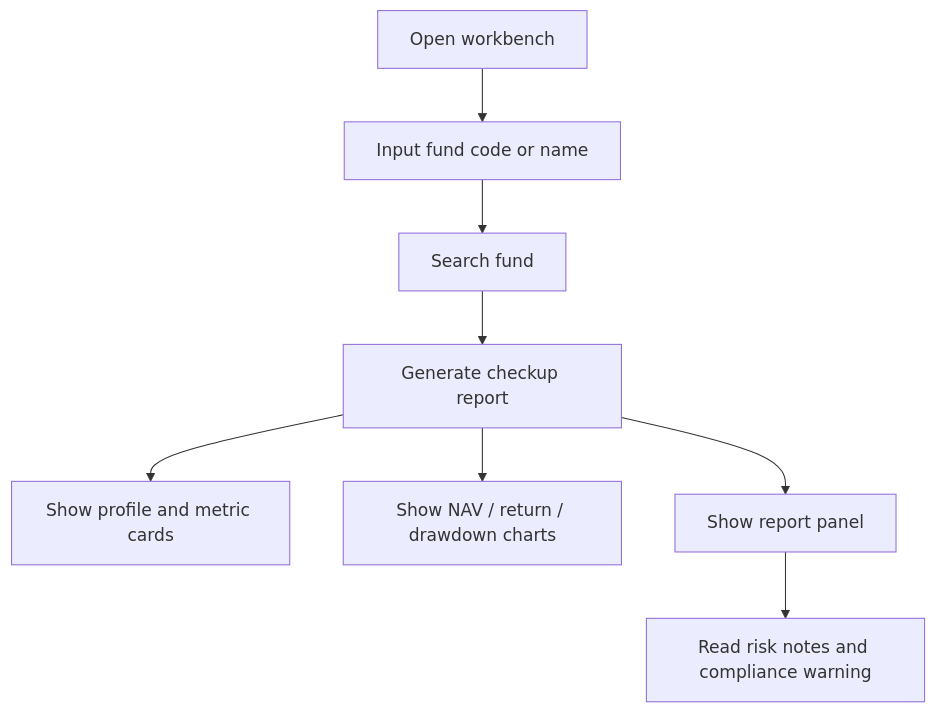
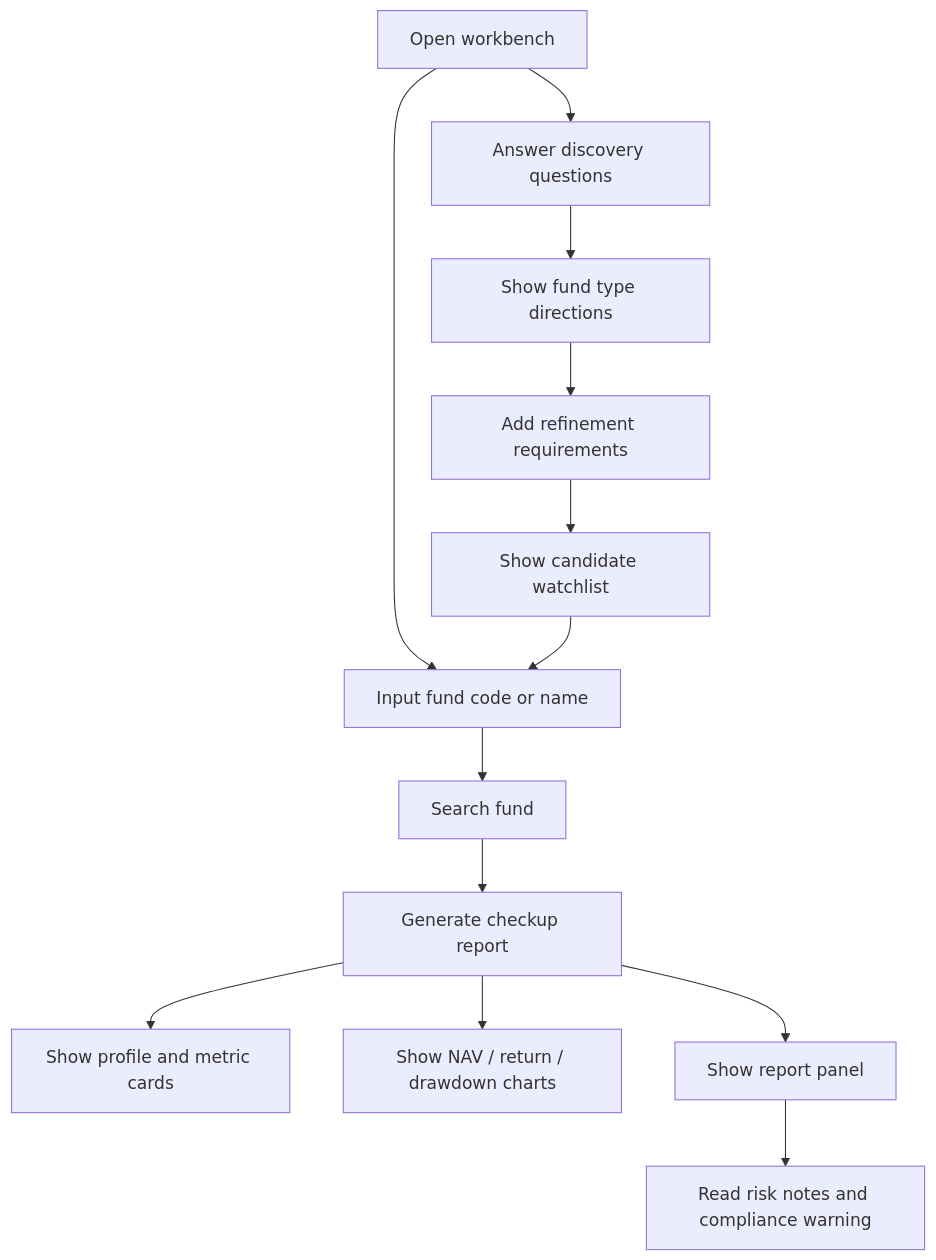
Before and after one commit to normalform3/fund-scope-agent: the diagram in docs/PRD.md, drawn with Mermaid. The commit also changed other lines of this file and 25 other files, not shown here.

````diff
--- a/docs/PRD.md
+++ b/docs/PRD.md
@@ -85,10 +97,15 @@
 ```mermaid
 flowchart TD
   A["Open workbench"] --> B["Input fund code or name"]
+  A --> Q["Answer discovery questions"]
+  Q --> T["Show fund type directions"]
+  T --> R["Add refinement requirements"]
+  R --> K["Show candidate watchlist"]
+  K --> B
   B --> C["Search fund"]
   C --> D["Generate checkup report"]
   D --> E["Show profile and metric cards"]
   D --> F["Show NAV / return / drawdown charts"]
   D --> G["Show report panel"]
   G --> H["Read risk notes and compliance warning"]
 ```
````
